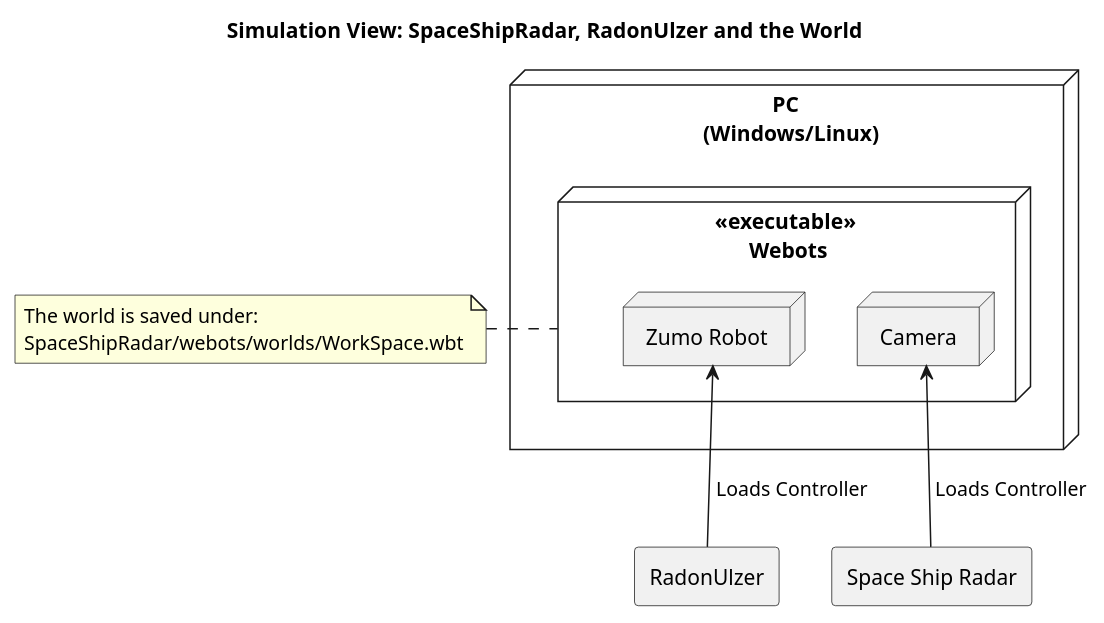
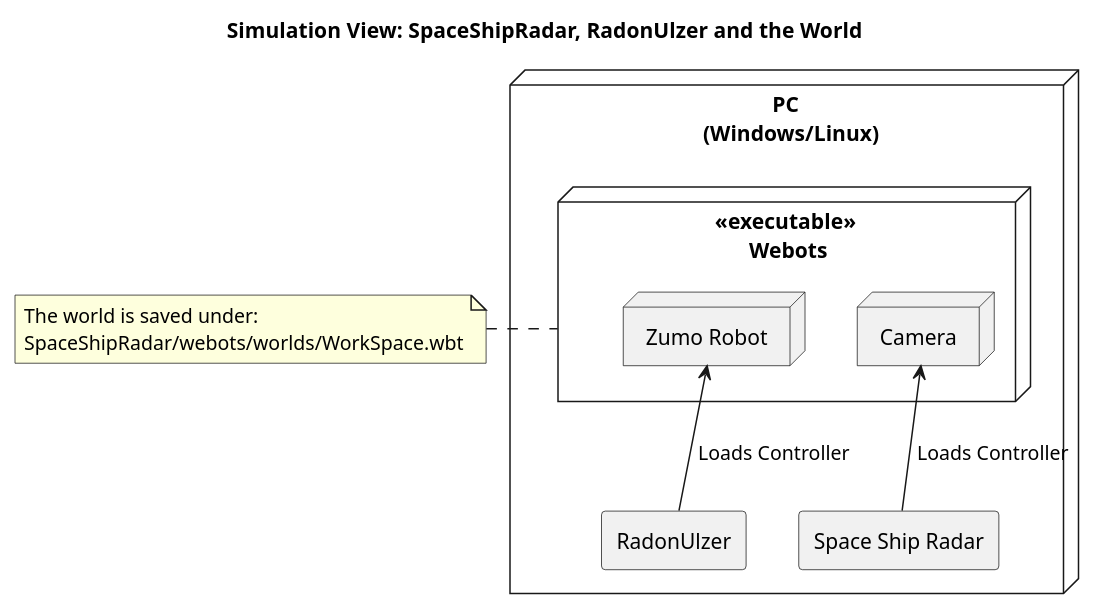
One commit to NewTec-GmbH/SpaceShipRadar changed the diagram in doc/uml/deployment.puml. Above: the diagram before and after it, drawn with PlantUML.

Commit message:
adjusted deployment diagram

```diff
--- a/doc/uml/deployment.puml
+++ b/doc/uml/deployment.puml
@@ -1,23 +1,24 @@
 @startuml deployment
+title Simulation View: SpaceShipRadar, RadonUlzer and the World
 
-agent RadonUlzer
-agent "Space Ship Radar"
 
 node "PC \n (Windows/Linux)" {
     node "<<executable>> \n Webots " as Webots {
         node "Zumo Robot"
         node "Camera"
     }
+    
+    agent RadonUlzer
+    agent "Space Ship Radar"
 }
 
-title Simulation View: SpaceShipRadar, RadonUlzer and the World
 
 "Camera" <-- "Space Ship Radar" : " Loads Controller"
 "Zumo Robot" <-- RadonUlzer : " Loads Controller"
 
 note left of Webots 
 The world is saved under: 
 SpaceShipRadar/webots/worlds/WorkSpace.wbt
 end note
 
 @enduml
```
